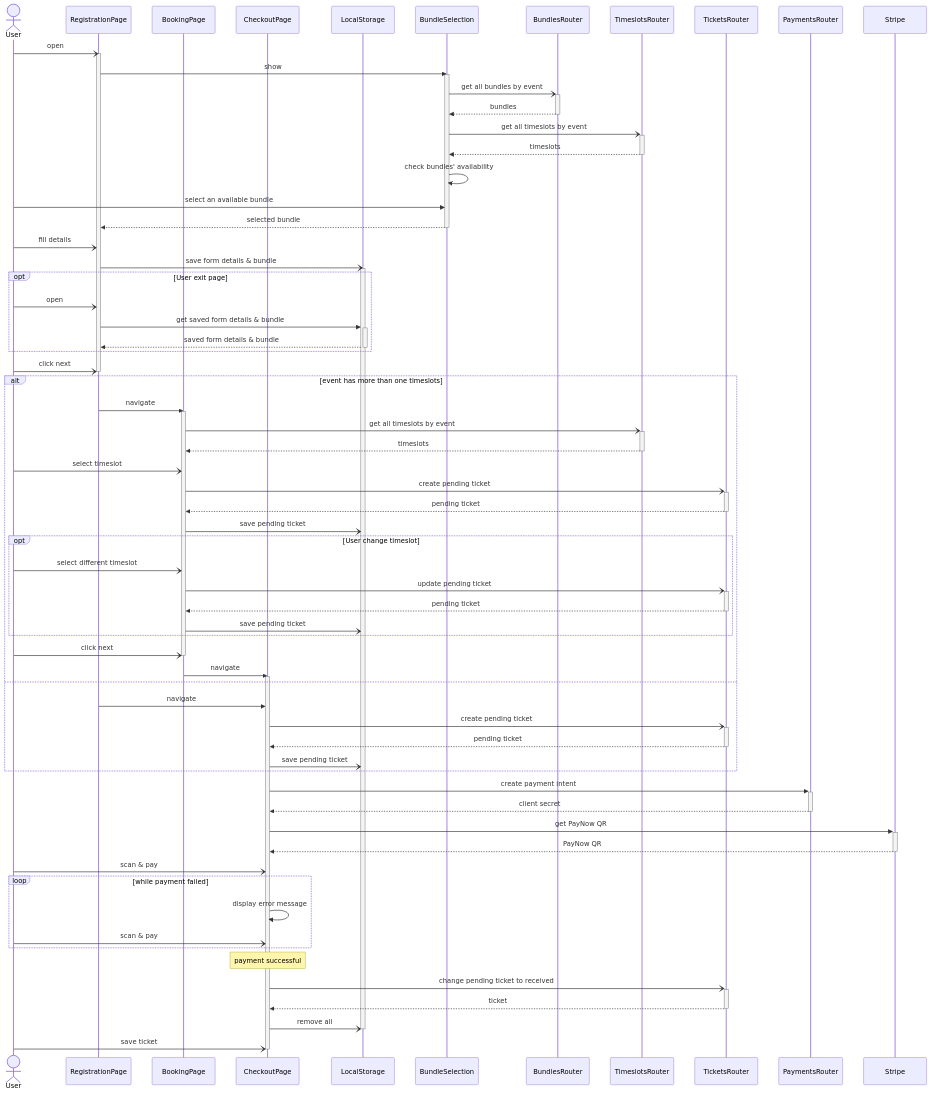
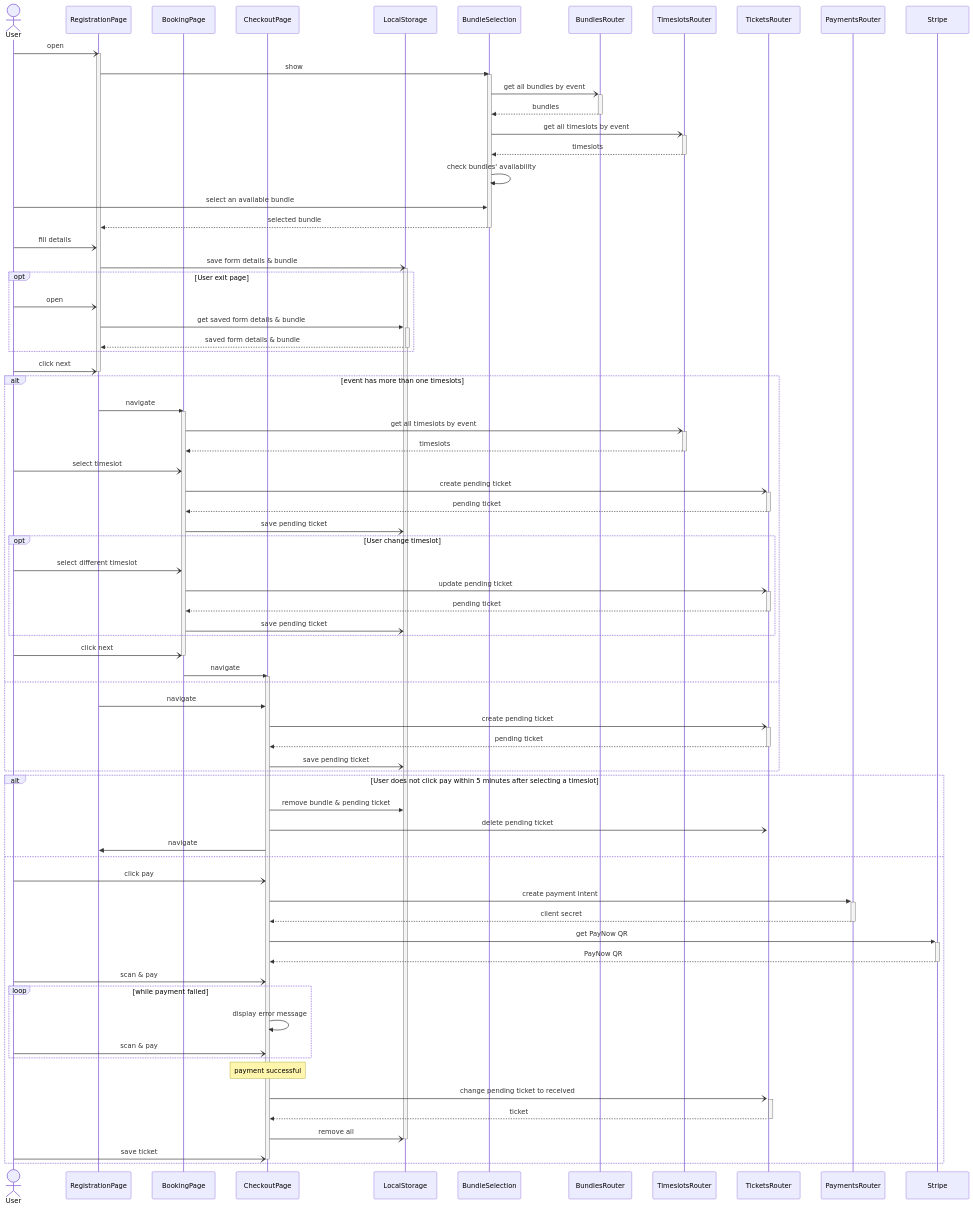
One commit to GTD-IT-XXIV/gtd-xxvi-website changed the diagram in docs/sequence-diagrams.md. Above: the diagram before and after it, drawn with Mermaid. The commit also changed 7 other files, not shown here.

````diff
--- a/docs/sequence-diagrams.md
+++ b/docs/sequence-diagrams.md
@@ -68,22 +68,29 @@
     CheckoutPage-)LocalStorage: save pending ticket
   end
 
-  CheckoutPage->>+PaymentsRouter: create payment intent
-  PaymentsRouter-->>-CheckoutPage: client secret
-  CheckoutPage->>+Stripe: get PayNow QR
-  Stripe-->>-CheckoutPage: PayNow QR
-  User-)CheckoutPage: scan & pay
+  alt User does not click pay within 5 minutes after selecting a timeslot
+    CheckoutPage->>LocalStorage: remove bundle & pending ticket
+    CheckoutPage-)+TicketsRouter: delete pending ticket
+    CheckoutPage->>RegistrationPage: navigate
+  else
+    User-)CheckoutPage: click pay
+    CheckoutPage->>+PaymentsRouter: create payment intent
+    PaymentsRouter-->>-CheckoutPage: client secret
+    CheckoutPage->>+Stripe: get PayNow QR
+    Stripe-->>-CheckoutPage: PayNow QR
+    User-)CheckoutPage: scan & pay
 
-  loop while payment failed
-  CheckoutPage->>CheckoutPage: display error message
-  User-)CheckoutPage: scan & pay
+    loop while payment failed
+    CheckoutPage->>CheckoutPage: display error message
+    User-)CheckoutPage: scan & pay
+    end
+
+    note over CheckoutPage: payment successful
+    CheckoutPage-)+TicketsRouter: change pending ticket to received
+    TicketsRouter-->>-CheckoutPage: ticket
+    CheckoutPage-)LocalStorage: remove all
+    deactivate LocalStorage
+    User-)CheckoutPage: save ticket
+    deactivate CheckoutPage
   end
-
-  note over CheckoutPage: payment successful
-  CheckoutPage-)+TicketsRouter: change pending ticket to received
-  TicketsRouter-->>-CheckoutPage: ticket
-  CheckoutPage-)LocalStorage: remove all
-  deactivate LocalStorage
-  User-)CheckoutPage: save ticket
-  deactivate CheckoutPage
 ```
````
